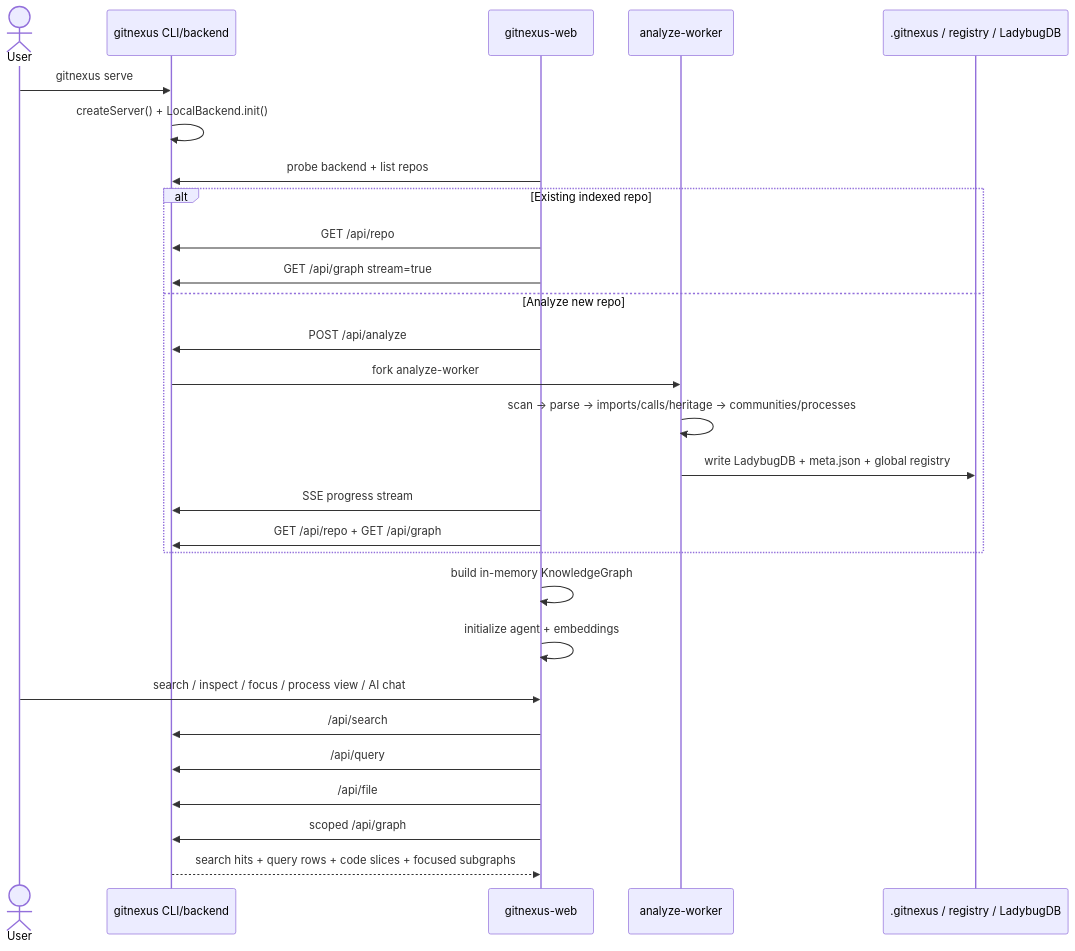
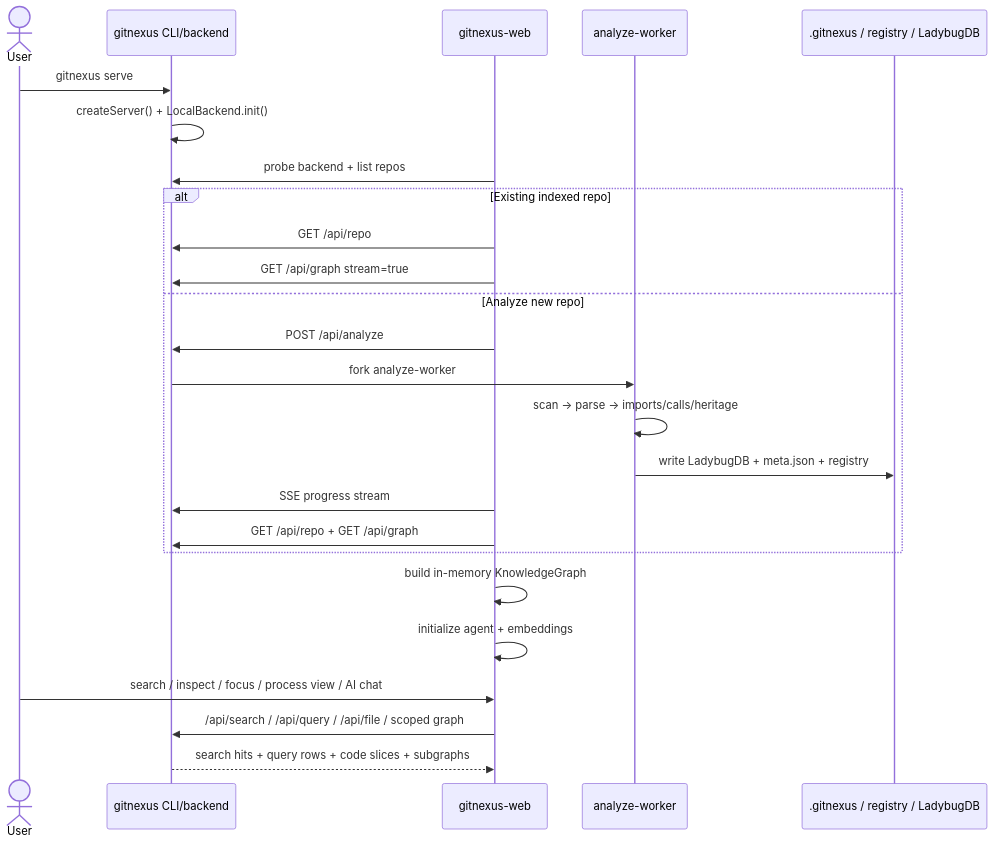
One commit to tristan419/JATO_Analysis_System changed the seventh of 7 diagrams in Markdown_Readme/Fullstack/WORKFLOWS/REPOSITORY_SYSTEM_WORKFLOW.md. Above: the diagram before and after it, drawn with Mermaid. The commit also changed other lines of this file and 20 other files, not shown here.

````diff
--- a/Markdown_Readme/Fullstack/WORKFLOWS/REPOSITORY_SYSTEM_WORKFLOW.md
+++ b/Markdown_Readme/Fullstack/WORKFLOWS/REPOSITORY_SYSTEM_WORKFLOW.md
@@ -338,34 +341,31 @@
 ```mermaid
 sequenceDiagram
   actor U as User
   participant CLI as gitnexus CLI/backend
   participant WEB as gitnexus-web
   participant WORKER as analyze-worker
   participant STORE as .gitnexus / registry / LadybugDB
 
   U->>CLI: gitnexus serve
   CLI->>CLI: createServer() + LocalBackend.init()
   WEB->>CLI: probe backend + list repos
 
   alt Existing indexed repo
     WEB->>CLI: GET /api/repo
     WEB->>CLI: GET /api/graph stream=true
   else Analyze new repo
     WEB->>CLI: POST /api/analyze
     CLI->>WORKER: fork analyze-worker
-    WORKER->>WORKER: scan -> parse -> imports/calls/heritage -> communities/processes
-    WORKER->>STORE: write LadybugDB + meta.json + global registry
+    WORKER->>WORKER: scan → parse → imports/calls/heritage
+    WORKER->>STORE: write LadybugDB + meta.json + registry
     WEB->>CLI: SSE progress stream
     WEB->>CLI: GET /api/repo + GET /api/graph
   end
 
   WEB->>WEB: build in-memory KnowledgeGraph
   WEB->>WEB: initialize agent + embeddings
 
   U->>WEB: search / inspect / focus / process view / AI chat
-  WEB->>CLI: /api/search
-  WEB->>CLI: /api/query
-  WEB->>CLI: /api/file
-  WEB->>CLI: scoped /api/graph
-  CLI-->>WEB: search hits + query rows + code slices + focused subgraphs
+  WEB->>CLI: /api/search / /api/query / /api/file / scoped graph
+  CLI-->>WEB: search hits + query rows + code slices + subgraphs
 ```
````
